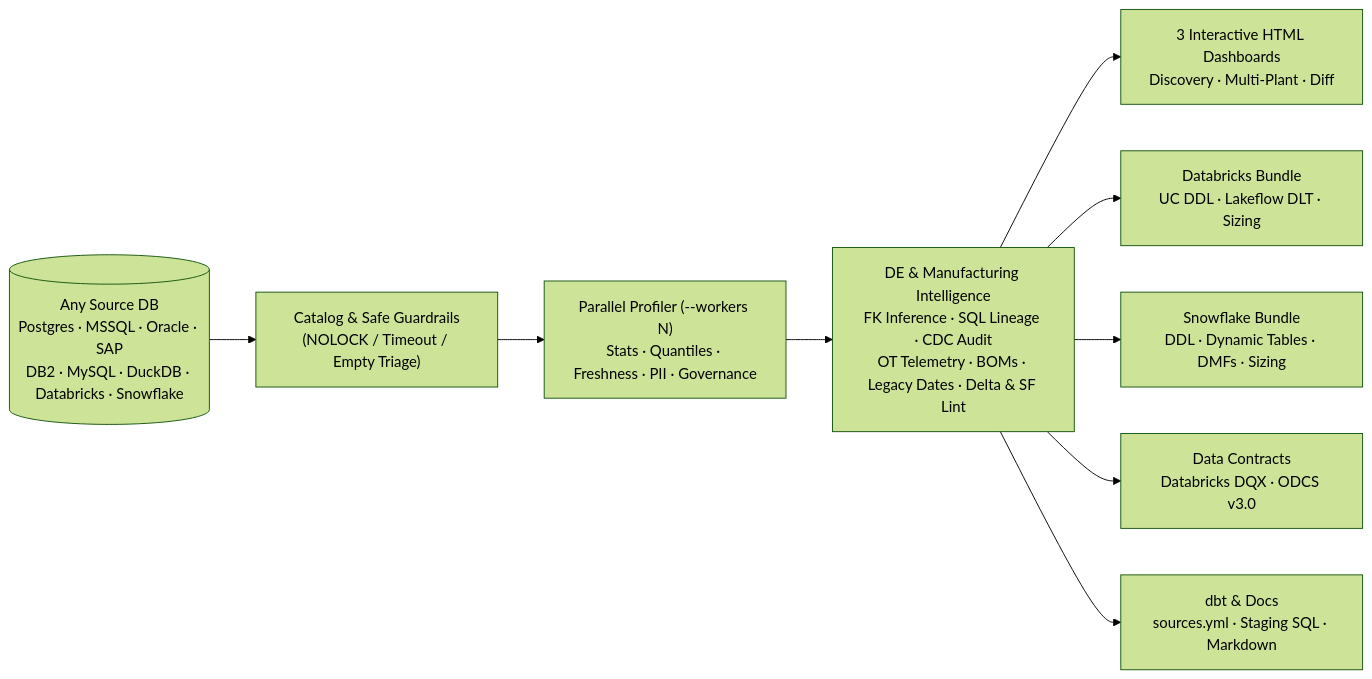
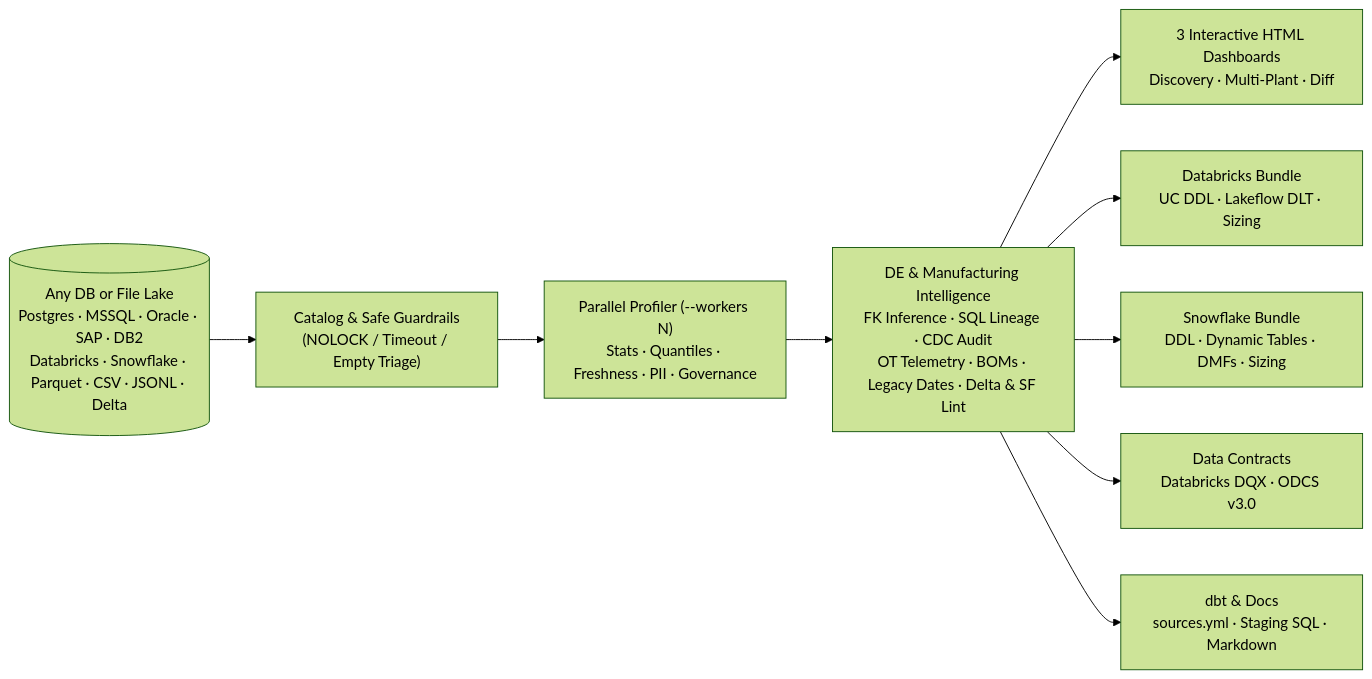
The diagram in README.md (henrikbernard/tick), drawn with Mermaid (forest theme) before and after one commit. The commit also changed other lines of this file and 16 other files, not shown here.

Commit message:
feat: add local & data lake file discovery (Parquet, CSV, JSONL, Hive, Delta) + Auto Loader & Snowpipe codegen (v0.6.0)

````diff
--- a/README.md
+++ b/README.md
@@ -9,11 +9,11 @@
 ```mermaid
 flowchart LR
-    SRC[("Any Source DB\nPostgres · MSSQL · Oracle · SAP\nDB2 · MySQL · DuckDB · Databricks · Snowflake")] --> CAT["Catalog & Safe Guardrails\n(NOLOCK / Timeout / Empty Triage)"]
+    SRC[("Any DB or File Lake\nPostgres · MSSQL · Oracle · SAP · DB2\nDatabricks · Snowflake · Parquet · CSV · JSONL · Delta")] --> CAT["Catalog & Safe Guardrails\n(NOLOCK / Timeout / Empty Triage)"]
     CAT --> PROF["Parallel Profiler (--workers N)\nStats · Quantiles · Freshness · PII · Governance"]
     PROF --> INT["DE & Manufacturing Intelligence\nFK Inference · SQL Lineage · CDC Audit\nOT Telemetry · BOMs · Legacy Dates · Delta & SF Lint"]
     INT --> HTML["3 Interactive HTML Dashboards\nDiscovery · Multi-Plant · Diff"]
     INT --> DBX["Databricks Bundle\nUC DDL · Lakeflow DLT · Sizing"]
     INT --> SF["Snowflake Bundle\nDDL · Dynamic Tables · DMFs · Sizing"]
     INT --> CTR["Data Contracts\nDatabricks DQX · ODCS v3.0"]
     INT --> DBT["dbt & Docs\nsources.yml · Staging SQL · Markdown"]
 ```
````
